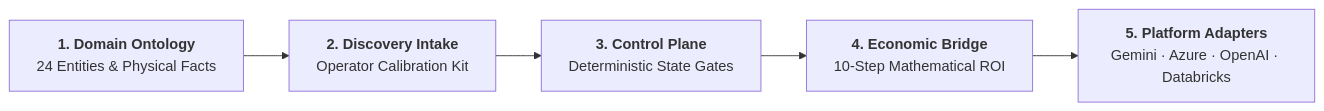
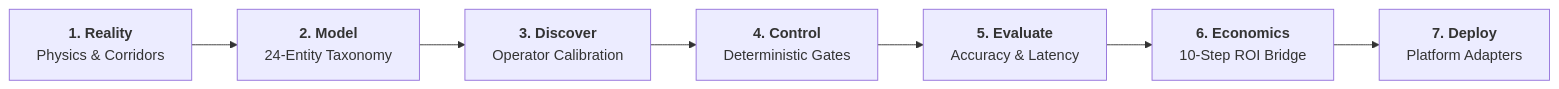
Before and after one commit to Kaisen2350/FDE-Workbench: the diagram in PROFILE_README.md, drawn with Mermaid. The commit also changed other lines of this file and 28 other files, not shown here.

````diff
--- a/PROFILE_README.md
+++ b/PROFILE_README.md
@@ -28,7 +38,9 @@
 ```mermaid
 flowchart LR
-    A["<b>1. Domain Ontology</b><br/>24 Entities & Physical Facts"] --> B["<b>2. Discovery Intake</b><br/>Operator Calibration Kit"]
-    B --> C["<b>3. Control Plane</b><br/>Deterministic State Gates"]
-    C --> D["<b>4. Economic Bridge</b><br/>10-Step Mathematical ROI"]
-    D --> E["<b>5. Platform Adapters</b><br/>Gemini · Azure · OpenAI · Databricks"]
+    A["<b>1. Reality</b><br/>Physics & Corridors"] --> B["<b>2. Model</b><br/>24-Entity Taxonomy"]
+    B --> C["<b>3. Discover</b><br/>Operator Calibration"]
+    C --> D["<b>4. Control</b><br/>Deterministic Gates"]
+    D --> E["<b>5. Evaluate</b><br/>Accuracy & Latency"]
+    E --> F["<b>6. Economics</b><br/>10-Step ROI Bridge"]
+    F --> G["<b>7. Deploy</b><br/>Platform Adapters"]
 ```
````
